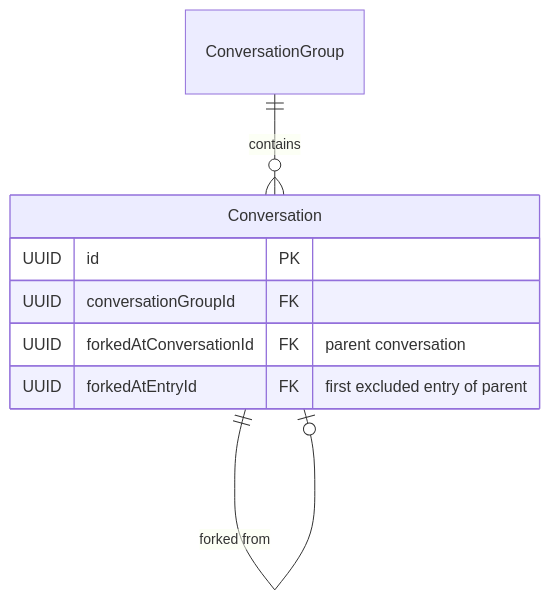
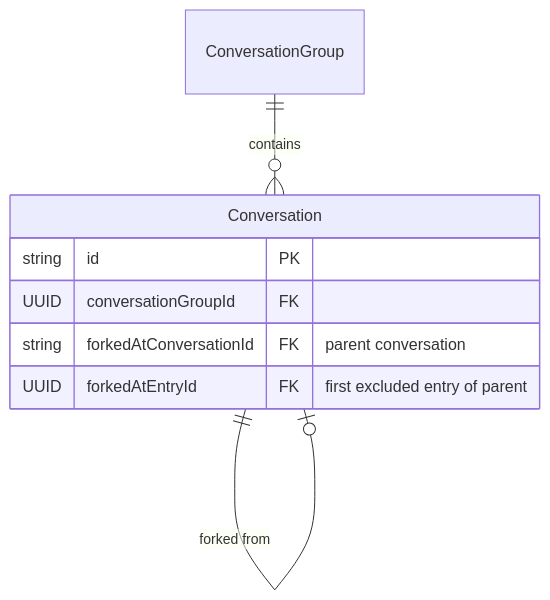
One commit to chirino/memory-service changed the sixth of 15 diagrams in docs/entry-data-model.md. Above: the diagram before and after it, drawn with Mermaid. The commit also changed other lines of this file and 89 other files, not shown here.

````diff
--- a/docs/entry-data-model.md
+++ b/docs/entry-data-model.md
@@ -222,12 +222,12 @@
 ```mermaid
 erDiagram
     ConversationGroup ||--o{ Conversation : contains
     Conversation ||--o| Conversation : "forked from"
 
     Conversation {
-        UUID id PK
+        string id PK
         UUID conversationGroupId FK
-        UUID forkedAtConversationId FK "parent conversation"
+        string forkedAtConversationId FK "parent conversation"
         UUID forkedAtEntryId FK "first excluded entry of parent"
     }
 ```
````
